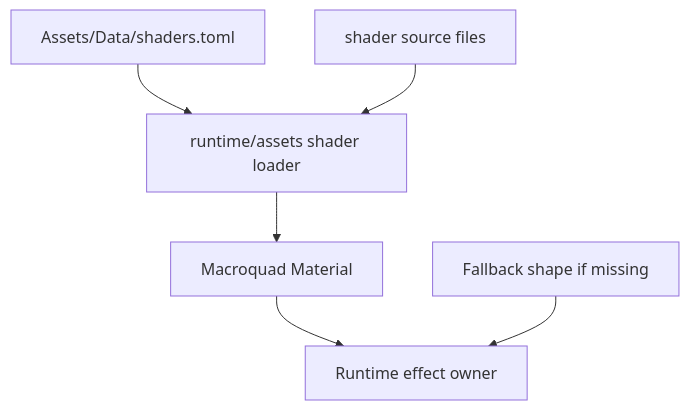
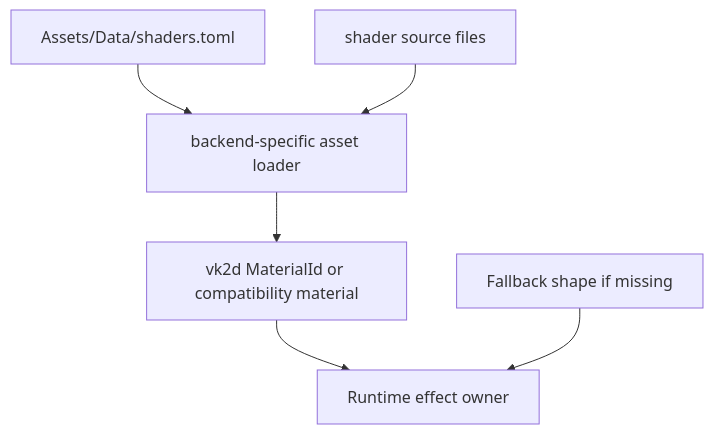
The fifth of 7 diagrams in src/content/docs/pages/architecture/rendering-and-ui.md (soulwax/EchoWiki), drawn with Mermaid before and after one commit. The commit also changed other lines of this file and 17 other files, not shown here.

````diff
--- a/src/content/docs/pages/architecture/rendering-and-ui.md
+++ b/src/content/docs/pages/architecture/rendering-and-ui.md
@@ -95,15 +98,15 @@
 ```mermaid
 flowchart TD
     manifest[Assets/Data/shaders.toml]
     sources[shader source files]
-    loader[runtime/assets shader loader]
-    material[Macroquad Material]
+    loader[backend-specific asset loader]
+    material[vk2d MaterialId or compatibility material]
     effect[Runtime effect owner]
     fallback[Fallback shape if missing]
 
     manifest --> loader
     sources --> loader
     loader --> material
     material --> effect
     fallback --> effect
 ```
````
